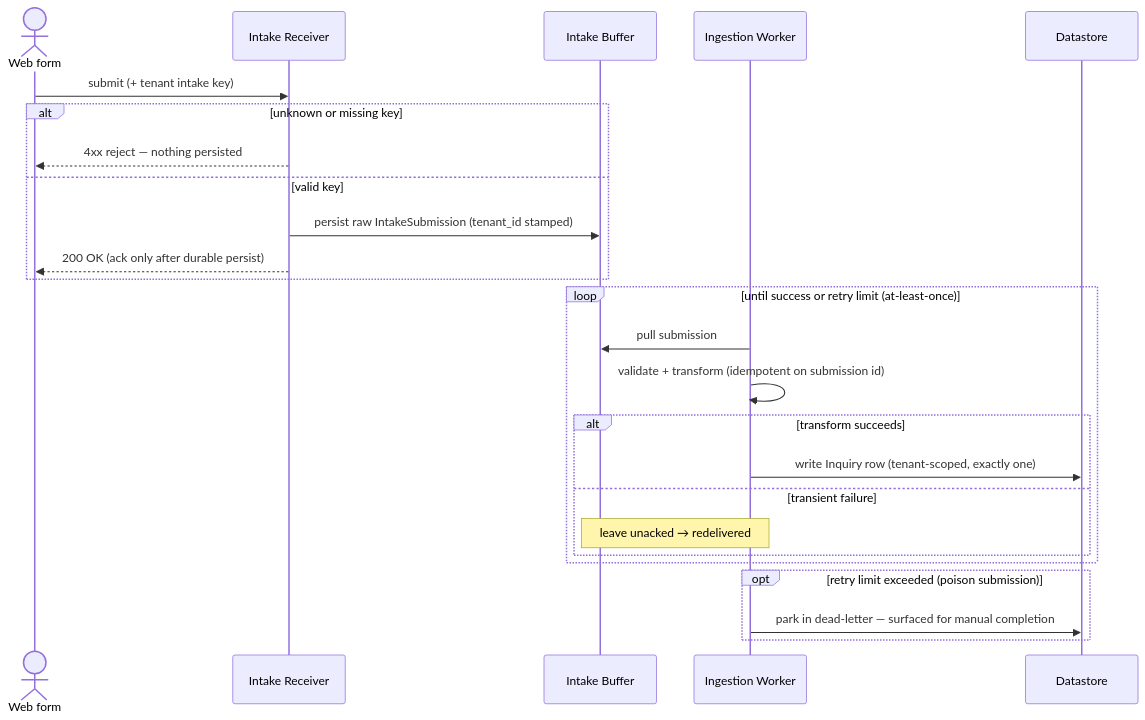
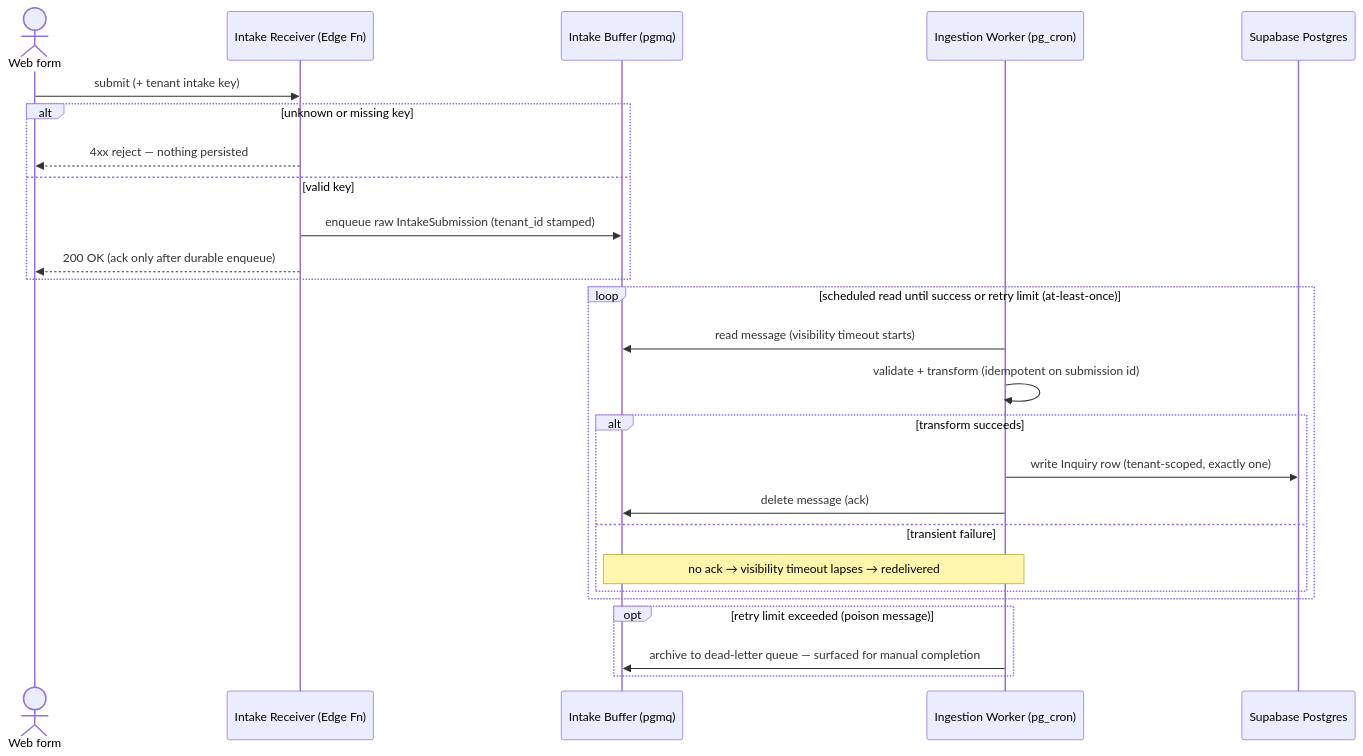
Before and after one commit to Cueserve/cs-cueviksync: the second of 3 diagrams in docs/ARCHITECTURE.md, drawn with Mermaid. The commit also changed other lines of this file and 1 other file, not shown here.

Commit message:
docs: update ARCHITECTURE.md — pin architecture to Supabase (Auth/GoTrue, RLS enforcement, Edge Function receiver, pgmq/pg_cron)

````diff
--- a/docs/ARCHITECTURE.md
+++ b/docs/ARCHITECTURE.md
@@ -156,30 +166,31 @@
 ```mermaid
 sequenceDiagram
     actor Form as Web form
-    participant R as Intake Receiver
-    participant B as Intake Buffer
-    participant W as Ingestion Worker
-    participant D as Datastore
+    participant R as Intake Receiver (Edge Fn)
+    participant B as Intake Buffer (pgmq)
+    participant W as Ingestion Worker (pg_cron)
+    participant D as Supabase Postgres
 
     Form->>R: submit (+ tenant intake key)
     alt unknown or missing key
         R-->>Form: 4xx reject — nothing persisted
     else valid key
-        R->>B: persist raw IntakeSubmission (tenant_id stamped)
-        R-->>Form: 200 OK (ack only after durable persist)
+        R->>B: enqueue raw IntakeSubmission (tenant_id stamped)
+        R-->>Form: 200 OK (ack only after durable enqueue)
     end
 
-    loop until success or retry limit (at-least-once)
-        W->>B: pull submission
+    loop scheduled read until success or retry limit (at-least-once)
+        W->>B: read message (visibility timeout starts)
         W->>W: validate + transform (idempotent on submission id)
         alt transform succeeds
             W->>D: write Inquiry row (tenant-scoped, exactly one)
+            W->>B: delete message (ack)
         else transient failure
-            Note over W,B: leave unacked → redelivered
+            Note over W,B: no ack → visibility timeout lapses → redelivered
         end
     end
 
-    opt retry limit exceeded (poison submission)
-        W->>D: park in dead-letter — surfaced for manual completion
+    opt retry limit exceeded (poison message)
+        W->>B: archive to dead-letter queue — surfaced for manual completion
     end
 ```
````
